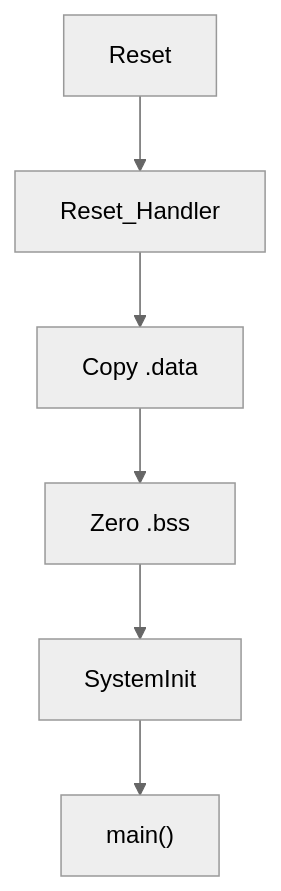
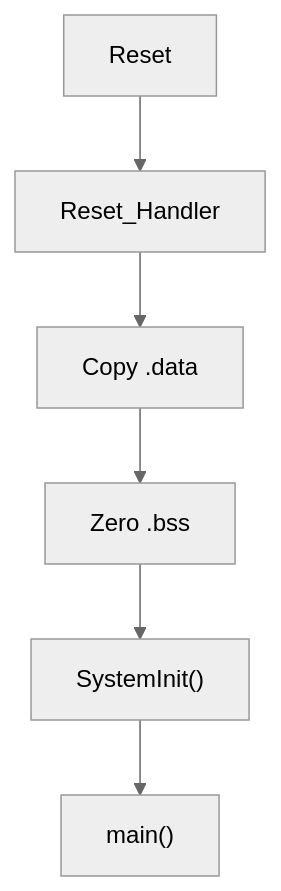
The first of 3 diagrams in README.md (haikevins/stm32f1-spl-procedural-baremetal), drawn with Mermaid (neutral theme) before and after one commit. The commit also changed other lines of this file and 2 other files, not shown here.

````diff
--- a/README.md
+++ b/README.md
@@ -75,8 +77,8 @@
 ```mermaid
 flowchart TB
-    RESET["Reset"] --> STARTUP["Reset_Handler"]
-    STARTUP --> DATA["Copy .data"]
+    RESET["Reset"] --> START["Reset_Handler"]
+    START --> DATA["Copy .data"]
     DATA --> BSS["Zero .bss"]
-    BSS --> CLOCK["SystemInit"]
+    BSS --> CLOCK["SystemInit()"]
     CLOCK --> MAIN["main()"]
 ```
````
